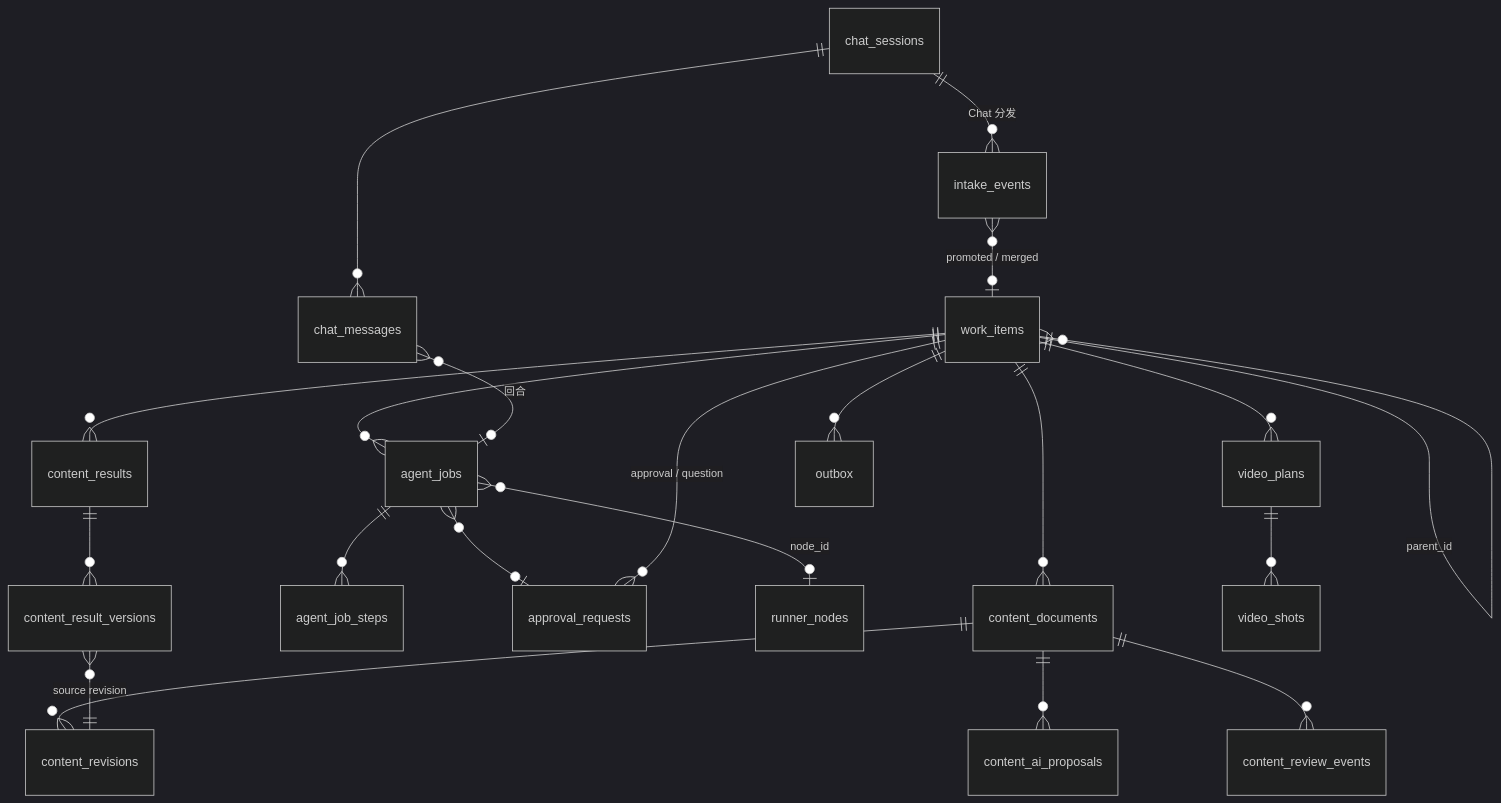
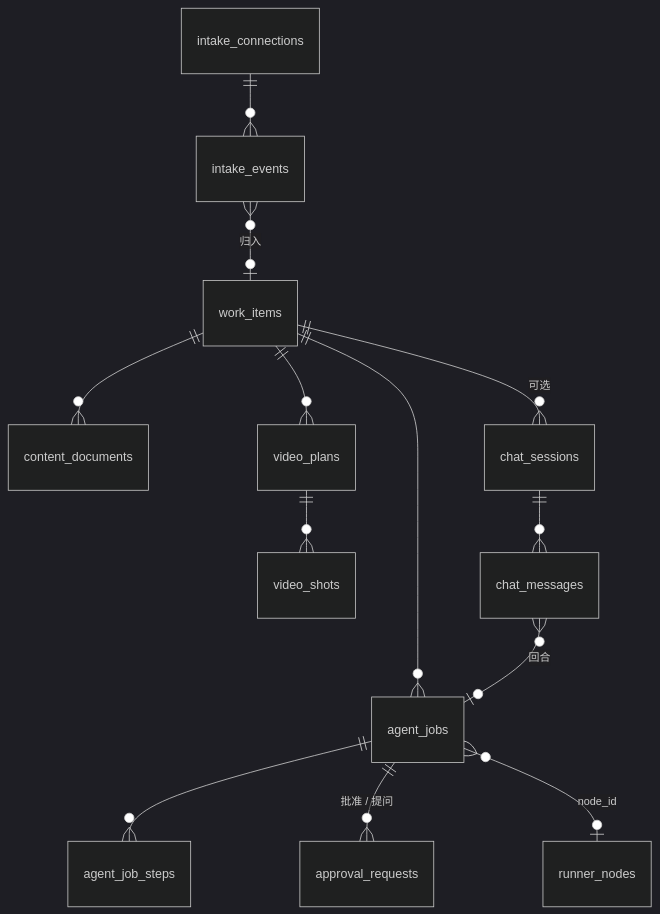
Before and after one commit to zhanglxun/signal-to-story: the diagram in docs/database.md, drawn with Mermaid (dark theme). The commit also changed other lines of this file and 13 other files, not shown here.

First line of the commit message:
docs(db): MVP schema finalised after two field-by-field audit rounds

````diff
--- a/docs/database.md
+++ b/docs/database.md
@@ -146,23 +182,15 @@
 ```mermaid
 erDiagram
-  intake_events }o--o| work_items : "promoted / merged"
-  work_items ||--o{ work_items : "parent_id"
+  intake_connections ||--o{ intake_events : ""
+  intake_events }o--o| work_items : "归入"
   work_items ||--o{ content_documents : ""
-  content_documents ||--o{ content_revisions : ""
-  content_documents ||--o{ content_ai_proposals : ""
-  content_documents ||--o{ content_review_events : ""
   work_items ||--o{ agent_jobs : ""
+  work_items ||--o{ video_plans : ""
+  work_items ||--o{ chat_sessions : "可选"
+  video_plans ||--o{ video_shots : ""
   agent_jobs ||--o{ agent_job_steps : ""
-  agent_jobs }o--o| approval_requests : ""
+  agent_jobs ||--o{ approval_requests : "批准 / 提问"
   agent_jobs }o--o| runner_nodes : "node_id"
-  work_items ||--o{ approval_requests : "approval / question"
-  work_items ||--o{ content_results : ""
-  content_results ||--o{ content_result_versions : ""
-  content_result_versions }o--|| content_revisions : "source revision"
-  work_items ||--o{ video_plans : ""
-  video_plans ||--o{ video_shots : ""
-  work_items ||--o{ outbox : ""
   chat_sessions ||--o{ chat_messages : ""
   chat_messages }o--o| agent_jobs : "回合"
-  chat_sessions ||--o{ intake_events : "Chat 分发"
 ```
````
